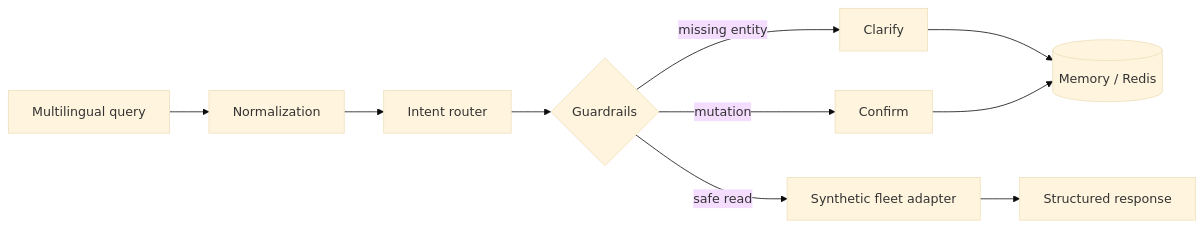
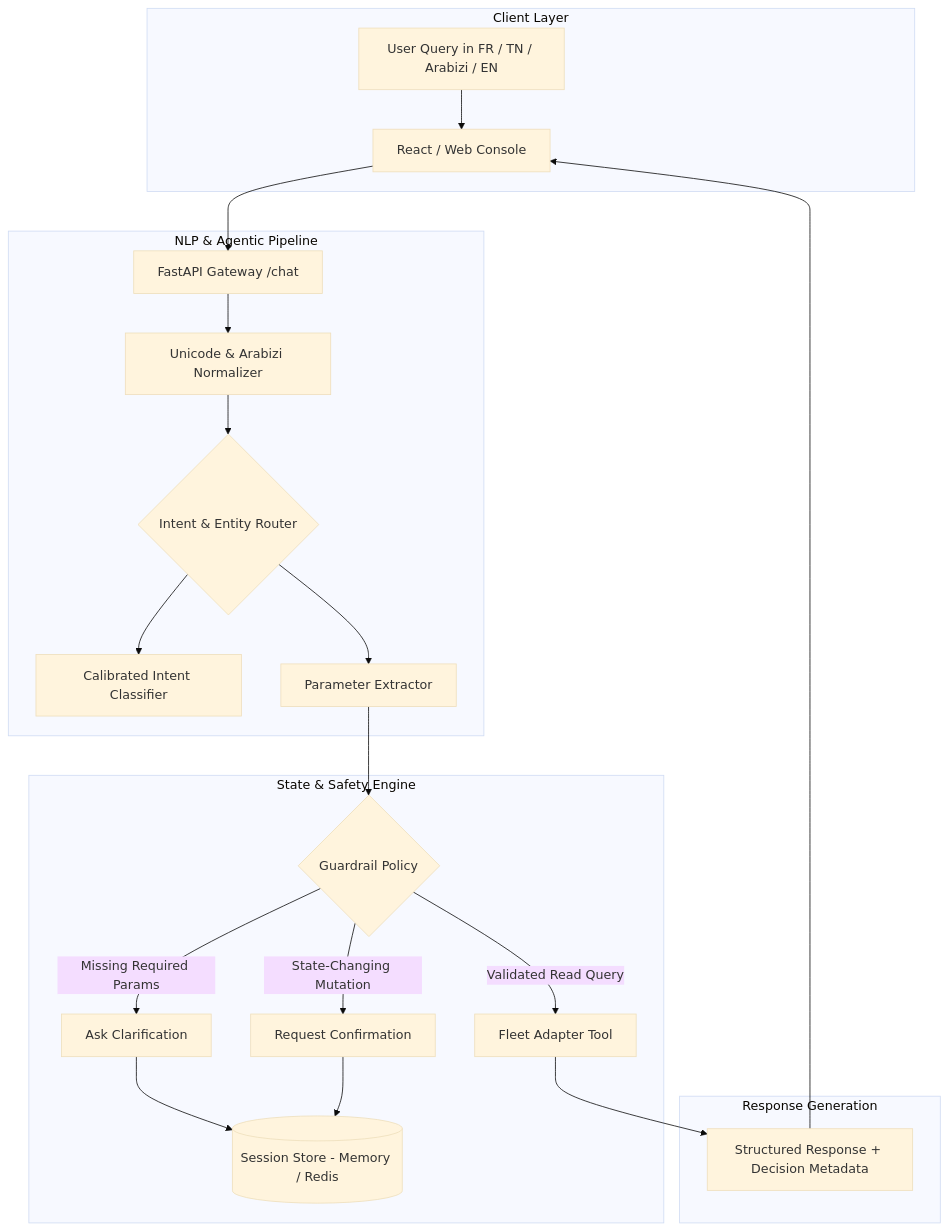
Before and after one commit to HayderCH/multilingual-fleet-ops-assistant: the diagram in README.md, drawn with Mermaid (base theme). The commit also changed other lines of this file and 2 other files, not shown here.

Commit message:
docs: add interface preview screenshot, enhanced router, and architecture guide

````diff
--- a/README.md
+++ b/README.md
@@ -107,12 +39,28 @@
 ```mermaid
-flowchart LR
-    Q[Multilingual query] --> N[Normalization]
-    N --> R[Intent router]
-    R --> G{Guardrails}
-    G -->|missing entity| C[Clarify]
-    G -->|mutation| F[Confirm]
-    G -->|safe read| D[Synthetic fleet adapter]
-    C --> S[(Memory / Redis)]
-    F --> S
-    D --> O[Structured response]
+flowchart TD
+    subgraph Client Layer
+        U[User Query in FR / TN / Arabizi / EN] --> C[React / Web Console]
+    end
+
+    subgraph NLP & Agentic Pipeline
+        C --> API[FastAPI Gateway /chat]
+        API --> NORM[Unicode & Arabizi Normalizer]
+        NORM --> ROUTER{Intent & Entity Router}
+        ROUTER --> CLF[Calibrated Intent Classifier]
+        ROUTER --> EXT[Parameter Extractor]
+    end
+
+    subgraph State & Safety Engine
+        EXT --> GUARD{Guardrail Policy}
+        GUARD -->|Missing Required Params| CLARIFY[Ask Clarification]
+        GUARD -->|State-Changing Mutation| CONFIRM[Request Confirmation]
+        GUARD -->|Validated Read Query| EXEC[Fleet Adapter Tool]
+        CLARIFY --> SESS[(Session Store - Memory / Redis)]
+        CONFIRM --> SESS
+    end
+
+    subgraph Response Generation
+        EXEC --> JSON[Structured Response + Decision Metadata]
+        JSON --> C
+    end
 ```
````
